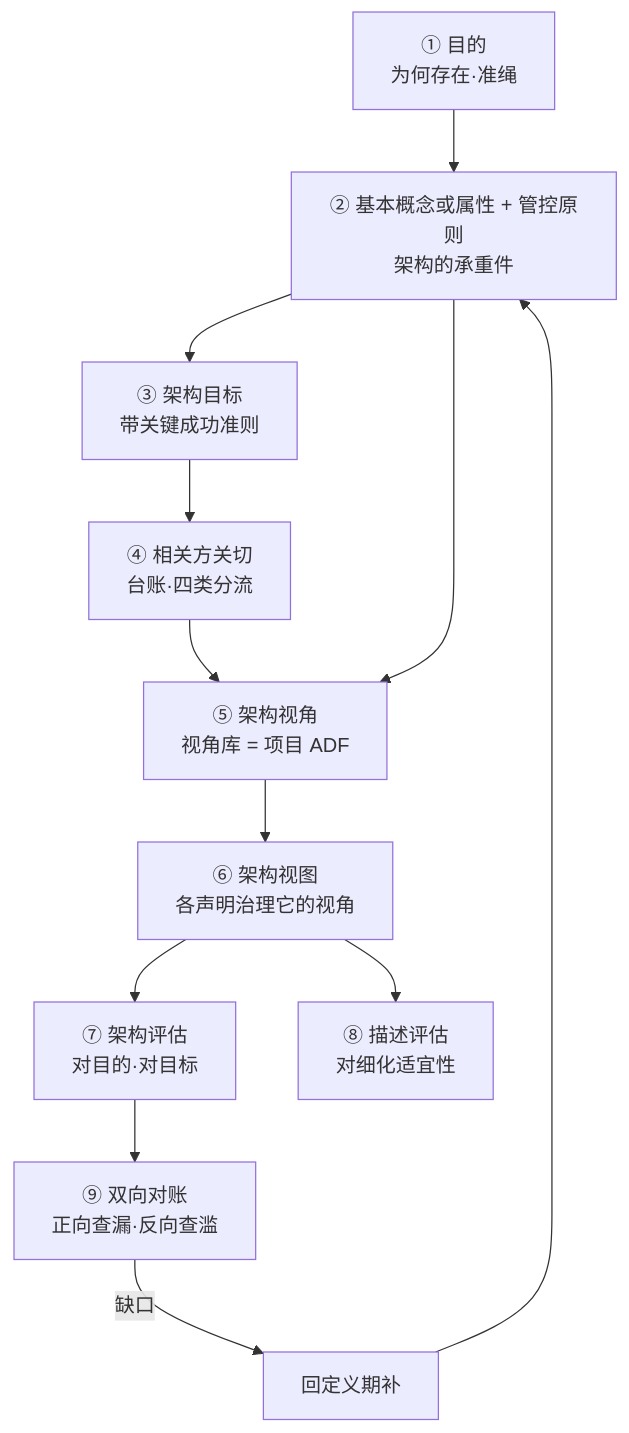
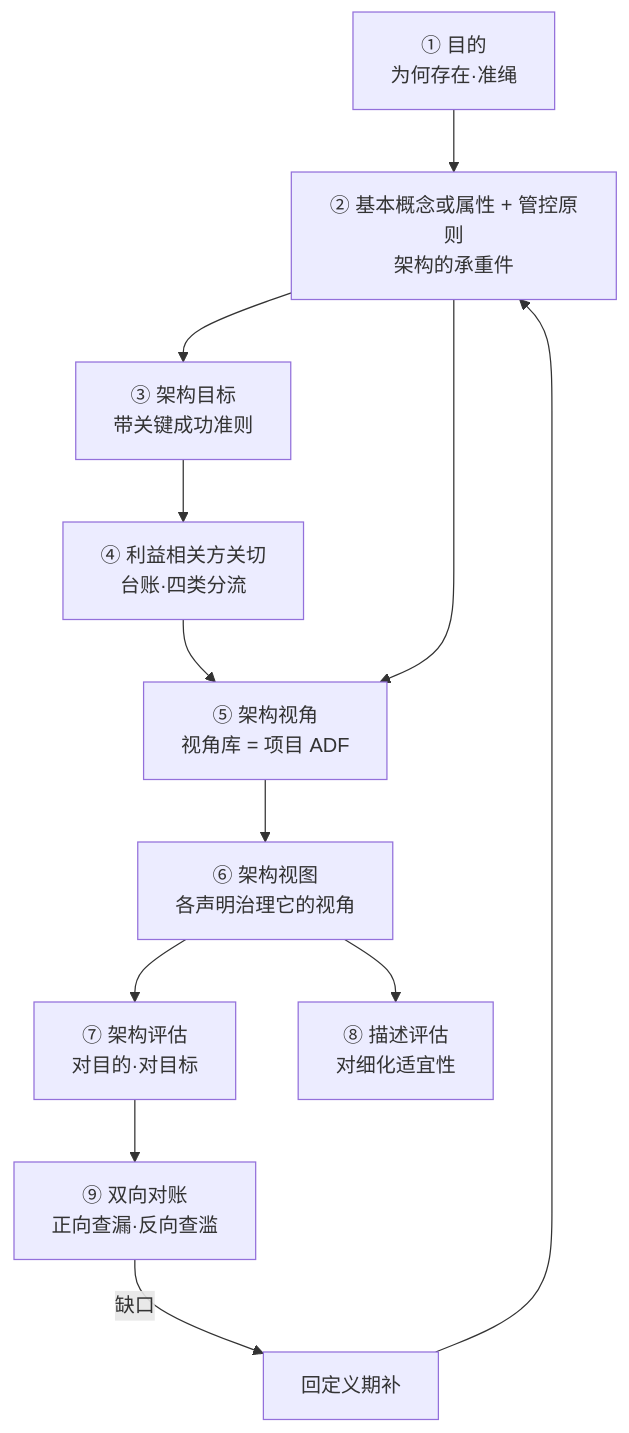
Before and after one commit to Yongjunzhou/AOS-system-design: the diagram in 100-subprojects/01-系统工程研究/03-架构师是个怎样的物种/15-第15章-架构定义落地-从目的到架构视图.md, drawn with Mermaid. The commit also changed other lines of this file and 5 other files, not shown here.

````diff
--- a/100-subprojects/01-系统工程研究/03-架构师是个怎样的物种/15-第15章-架构定义落地-从目的到架构视图.md
+++ b/100-subprojects/01-系统工程研究/03-架构师是个怎样的物种/15-第15章-架构定义落地-从目的到架构视图.md
@@ -80,14 +80,14 @@
 ```mermaid
 flowchart TD
     P["① 目的<br/>为何存在·准绳"] --> D["② 基本概念或属性 + 管控原则<br/>架构的承重件"]
     D --> O["③ 架构目标<br/>带关键成功准则"]
-    O --> C["④ 相关方关切<br/>台账·四类分流"]
+    O --> C["④ 利益相关方关切<br/>台账·四类分流"]
     C --> VP["⑤ 架构视角<br/>视角库 = 项目 ADF"]
     D --> VP
     VP --> V["⑥ 架构视图<br/>各声明治理它的视角"]
     V --> EV["⑦ 架构评估<br/>对目的·对目标"]
     V --> EV2["⑧ 描述评估<br/>对细化适宜性"]
     EV --> CK["⑨ 双向对账<br/>正向查漏·反向查滥"]
     CK -->|"缺口"| FIX["回定义期补"]
     FIX --> D
 ```
````
